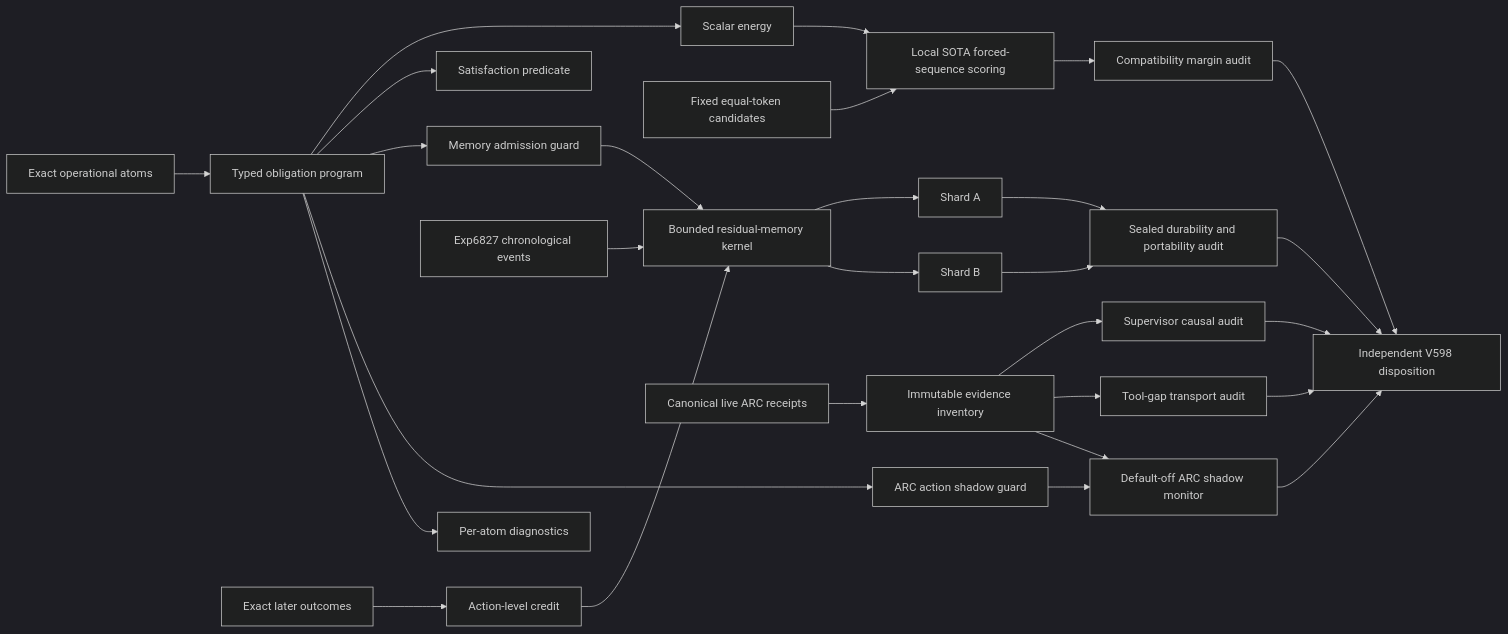
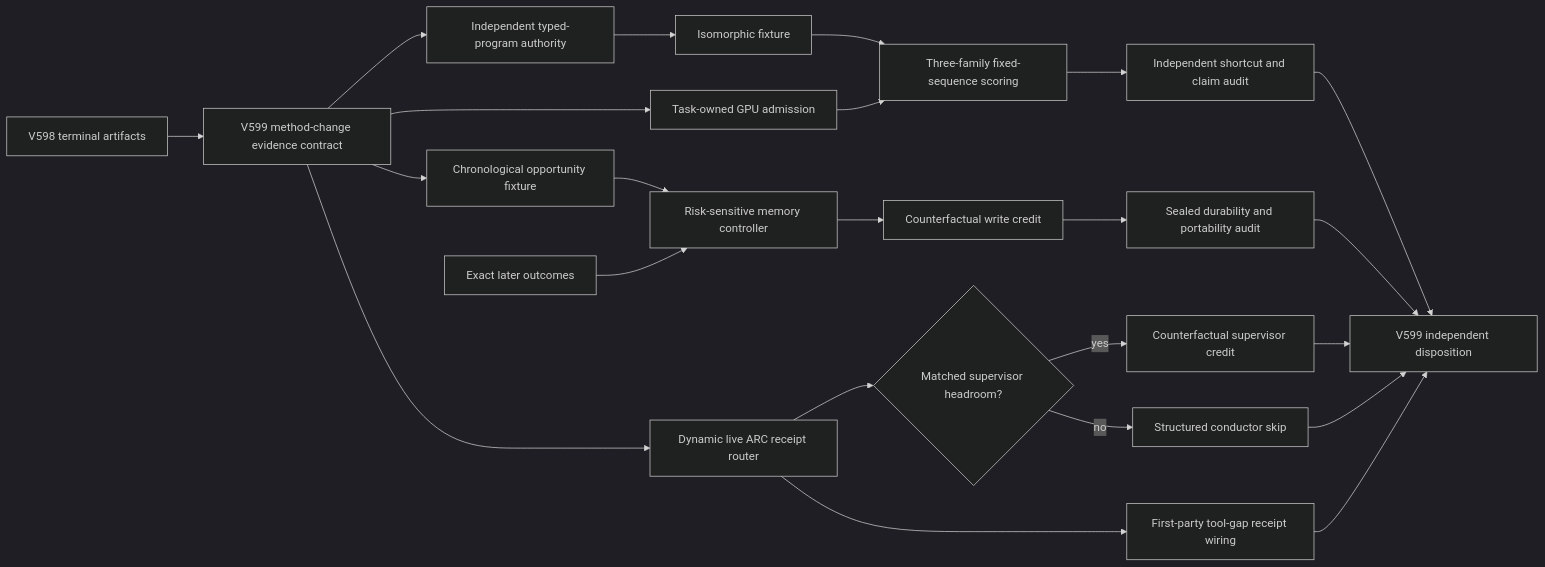
Before and after one commit to Carnot-EBM/carnot-ebm: the diagram in openspec/change-proposals/research-roadmap-vNEXT.md, drawn with Mermaid (dark theme). The commit also changed other lines of this file and 15 other files, not shown here.

````diff
--- a/openspec/change-proposals/research-roadmap-vNEXT.md
+++ b/openspec/change-proposals/research-roadmap-vNEXT.md
@@ -66,34 +67,29 @@
 ```mermaid
 flowchart LR
-    A[Exact operational atoms] --> B[Typed obligation program]
-    B --> C[Scalar energy]
-    B --> D[Satisfaction predicate]
-    B --> E[Memory admission guard]
-    B --> F[ARC action shadow guard]
-    B --> G[Per-atom diagnostics]
+    A[V598 terminal artifacts] --> B[V599 method-change evidence contract]
 
-    H[Fixed equal-token candidates] --> I[Local SOTA forced-sequence scoring]
-    C --> I
-    I --> J[Compatibility margin audit]
+    B --> C[Independent typed-program authority]
+    C --> D[Isomorphic fixture]
+    B --> E[Task-owned GPU admission]
+    D --> F[Three-family fixed-sequence scoring]
+    E --> F
+    F --> G[Independent shortcut and claim audit]
 
-    K[Exp6827 chronological events] --> L[Bounded residual-memory kernel]
-    E --> L
-    M[Exact later outcomes] --> N[Action-level credit]
-    N --> L
-    L --> O[Shard A]
-    L --> P[Shard B]
-    O --> Q[Sealed durability and portability audit]
-    P --> Q
+    B --> H[Chronological opportunity fixture]
+    H --> I[Risk-sensitive memory controller]
+    J[Exact later outcomes] --> I
+    I --> K[Counterfactual write credit]
+    K --> L[Sealed durability and portability audit]
 
-    R[Canonical live ARC receipts] --> S[Immutable evidence inventory]
-    S --> T[Supervisor causal audit]
-    S --> U[Tool-gap transport audit]
-    F --> V[Default-off ARC shadow monitor]
-    S --> V
+    B --> M[Dynamic live ARC receipt router]
+    M --> N{Matched supervisor headroom?}
+    N -->|yes| O[Counterfactual supervisor credit]
+    N -->|no| P[Structured conductor skip]
+    M --> Q[First-party tool-gap receipt wiring]
 
-    J --> W[Independent V598 disposition]
-    Q --> W
-    T --> W
-    U --> W
-    V --> W
+    G --> R[V599 independent disposition]
+    L --> R
+    O --> R
+    P --> R
+    Q --> R
 ```
````
